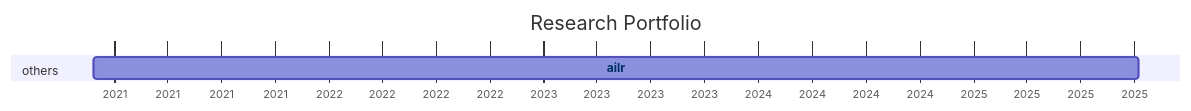
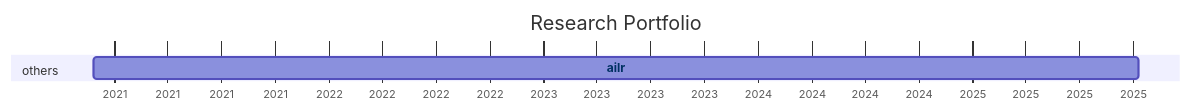
Before and after one commit to digital-work-lab/handbook: the diagram in docs/20-research/25-projects-gantt.md, drawn with Mermaid.

Commit message:
Update repository overview

````diff
--- a/docs/20-research/25-projects-gantt.md
+++ b/docs/20-research/25-projects-gantt.md
@@ -8,21 +8,21 @@
 ```mermaid
 ---
 displayMode: compact
 ---
 gantt
 title Research Portfolio
 dateFormat YYYY-MM-DD
 axisFormat %Y
 
     section work_practices
 
     section distributed_organizing
 
     section knowledge_synthesis
 
     section others
-        ailr :ailr, 2020-11-26, 2025-10-09
+        ailr :ailr, 2020-11-26, 2025-10-10
 
 
     click ailr href "{{ site.baseurl }}/docs/10-lab/18-resources/ailr.html"
 ```
````
